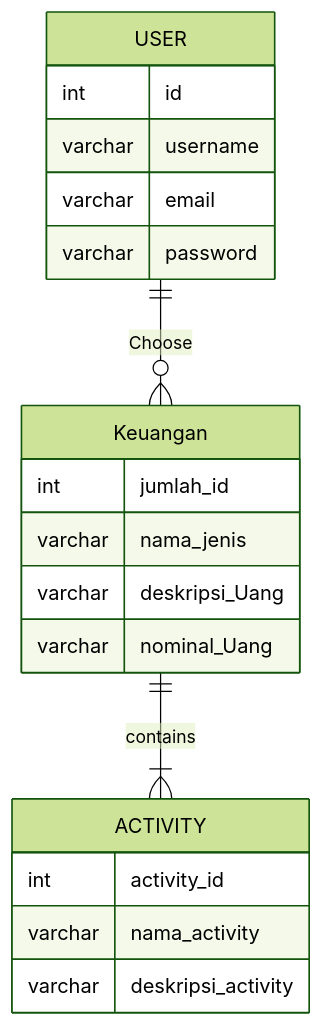
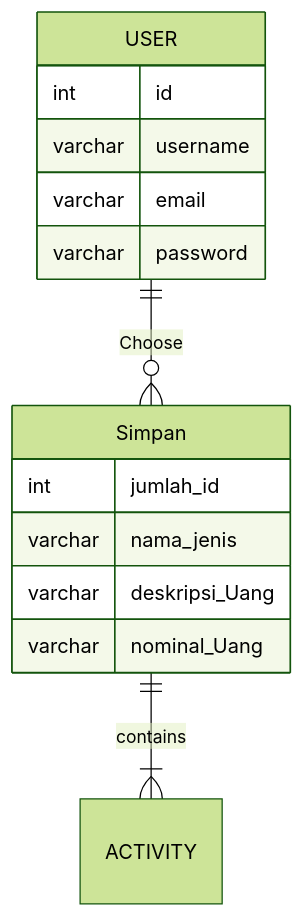
Before and after one commit to MuhammadFauzanL/Basic-Flutter-App: the first of 2 diagrams in Where's App .md, drawn with Mermaid (forest theme).

Commit message:
Update Where's App .md

````diff
--- a/Where's App .md
+++ b/Where's App .md
@@ -55,22 +55,21 @@
 ```mermaid
 erDiagram
-USER ||--o{ Keuangan : Choose
+USER ||--o{ Simpan : Choose
 USER {
 int id
 varchar username
 varchar email
 varchar password
  }
-Keuangan ||--|{ ACTIVITY : contains
-Keuangan {
+Simpan ||--|{ ACTIVITY : contains
+Simpan {
 int jumlah_id
  varchar nama_jenis
 varchar deskripsi_Uang
 varchar nominal_Uang
+
+
+
  }
-ACTIVITY {
- int activity_id
-varchar nama_activity
-varchar deskripsi_activity
-        }
+
 ```
````
